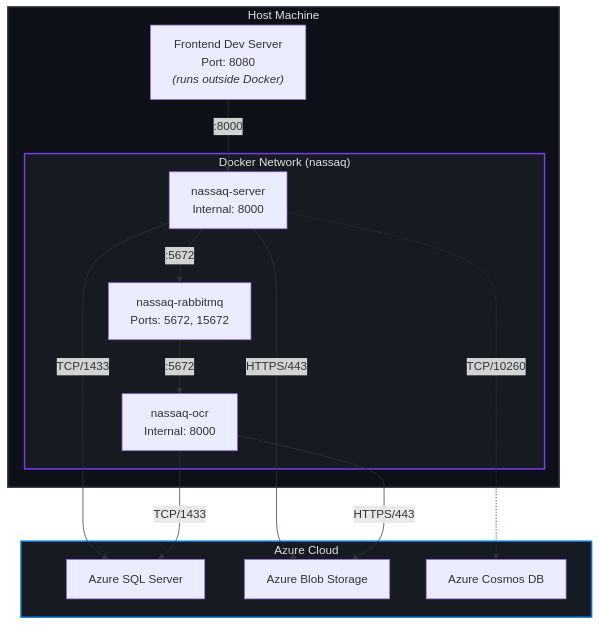
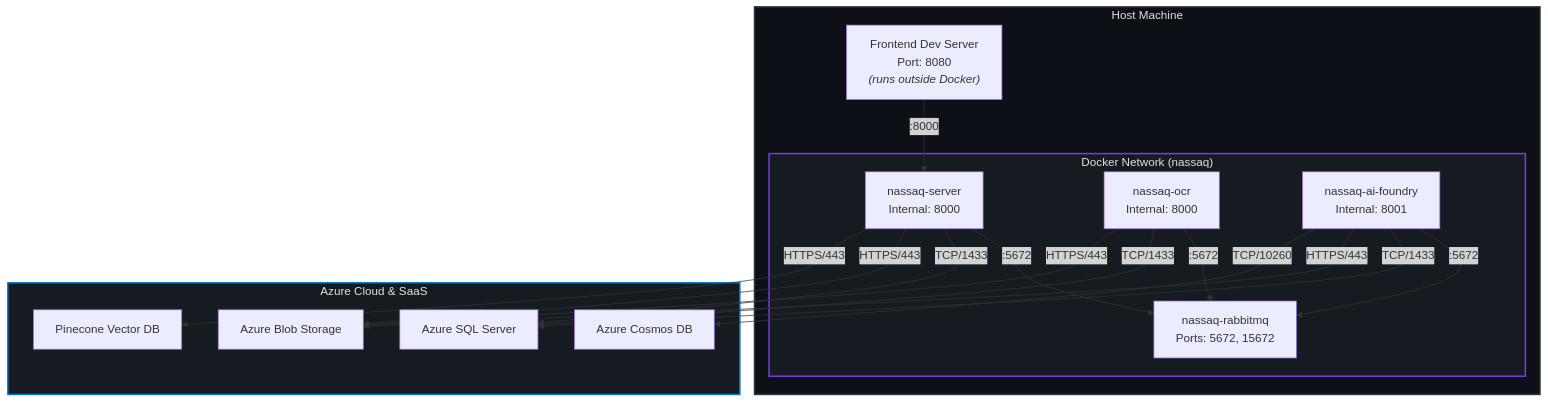
One commit to NassaQ/docs changed the fifth of 5 diagrams in docs/overview/architecture.md. Above: the diagram before and after it, drawn with Mermaid. The commit also changed other lines of this file and 9 other files, not shown here.

````diff
--- a/docs/overview/architecture.md
+++ b/docs/overview/architecture.md
@@ -282,31 +240,40 @@
 ```mermaid
 graph TB
     subgraph HOST["Host Machine"]
         subgraph DOCKER["Docker Network (nassaq)"]
             RMQ["nassaq-rabbitmq<br/>Ports: 5672, 15672"]
             SRV["nassaq-server<br/>Internal: 8000"]
             OCRW["nassaq-ocr<br/>Internal: 8000"]
+            AIFW["nassaq-ai-foundry<br/>Internal: 8001"]
         end
         
         FE["Frontend Dev Server<br/>Port: 8080<br/><i>(runs outside Docker)</i>"]
     end
 
-    subgraph AZURE["Azure Cloud"]
+    subgraph AZURE["Azure Cloud & SaaS"]
         ASQL["Azure SQL Server"]
         ABLOB["Azure Blob Storage"]
         ACOSMOS["Azure Cosmos DB"]
+        APINECONE["Pinecone Vector DB"]
     end
 
     FE -->|":8000"| SRV
     SRV -->|":5672"| RMQ
-    RMQ -->|":5672"| OCRW
+    OCRW -->|":5672"| RMQ
+    AIFW -->|":5672"| RMQ
+    
     SRV -->|"TCP/1433"| ASQL
     SRV -->|"HTTPS/443"| ABLOB
-    SRV -.->|"TCP/10260"| ACOSMOS
+    SRV -->|"HTTPS/443"| APINECONE
+    
     OCRW -->|"TCP/1433"| ASQL
     OCRW -->|"HTTPS/443"| ABLOB
+    
+    AIFW -->|"TCP/1433"| ASQL
+    AIFW -->|"HTTPS/443"| ABLOB
+    AIFW -->|"TCP/10260"| ACOSMOS
 
     style HOST fill:#0d1117,stroke:#30363d,stroke-width:2px,color:#e0e0e0
     style DOCKER fill:#161b22,stroke:#7c3aed,stroke-width:2px,color:#e0e0e0
     style AZURE fill:#161b22,stroke:#0078d4,stroke-width:2px,color:#e0e0e0
 ```
````
